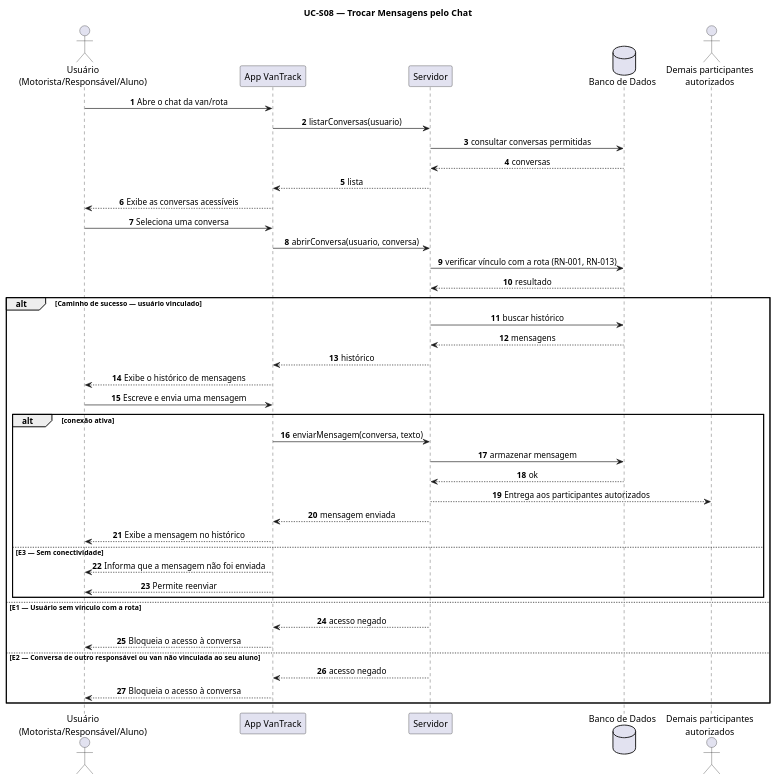
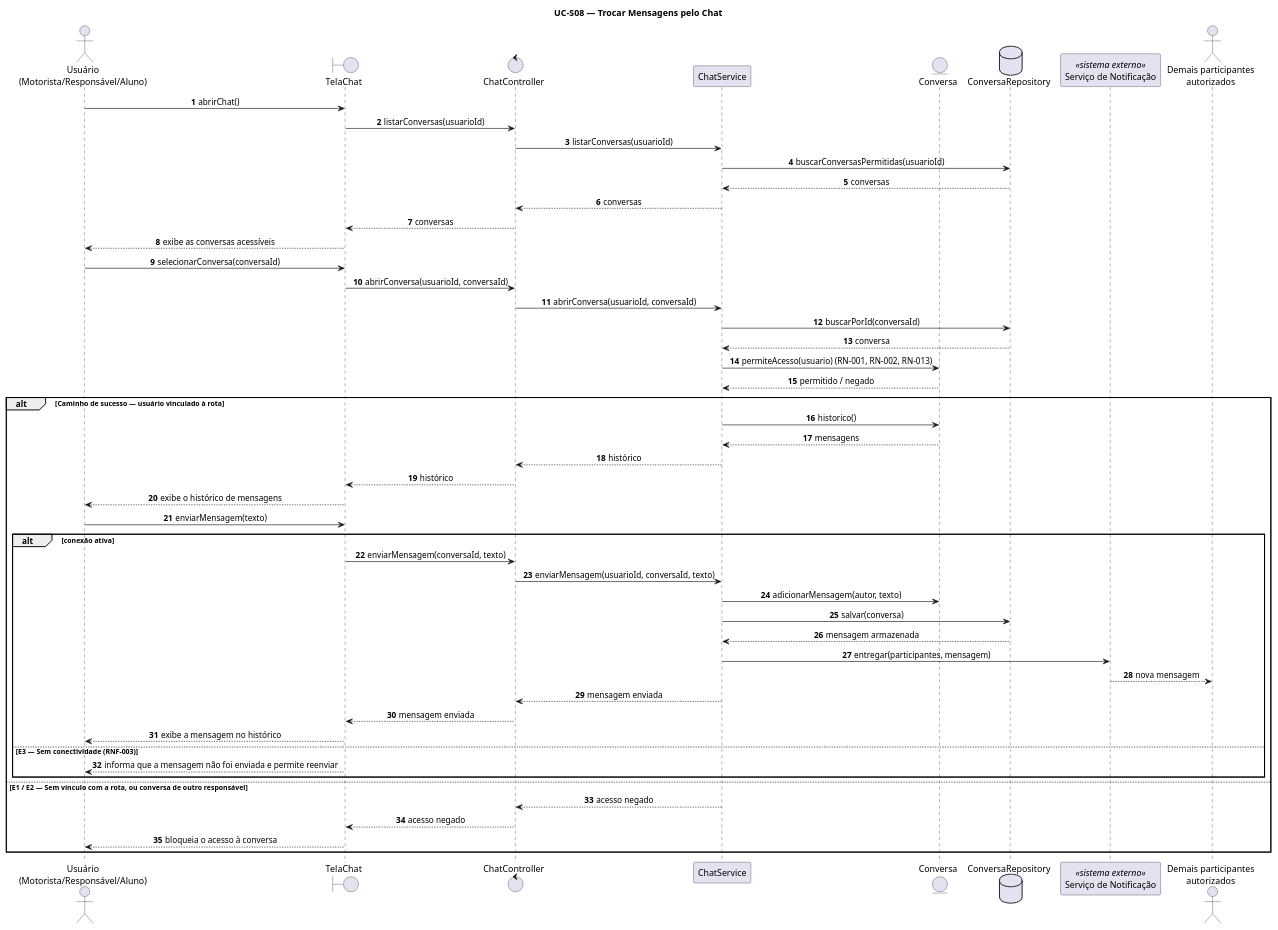
Before and after one commit to luisgustavoribeirodefreitas/VanTrack: the diagram in documentos/atividade-04/scripts/UC-S08.puml, drawn with PlantUML. The commit also changed 63 other files, not shown here.

```diff
--- a/documentos/atividade-04/scripts/UC-S08.puml
+++ b/documentos/atividade-04/scripts/UC-S08.puml
@@ -1,50 +1,60 @@
 @startuml UC-S08
 title UC-S08 — Trocar Mensagens pelo Chat
 skinparam sequenceMessageAlign center
+skinparam responseMessageBelowArrow true
 autonumber
 
 actor "Usuário\n(Motorista/Responsável/Aluno)" as U
-participant "App VanTrack" as App
-participant "Servidor" as API
-database "Banco de Dados" as DB
+boundary "TelaChat" as T
+control "ChatController" as C
+participant "ChatService" as S
+entity "Conversa" as Conv
+database "ConversaRepository" as CRepo
+participant "Serviço de Notificação" as Push <<sistema externo>>
 actor "Demais participantes\nautorizados" as P
 
-U -> App : Abre o chat da van/rota
-App -> API : listarConversas(usuario)
-API -> DB : consultar conversas permitidas
-DB --> API : conversas
-API --> App : lista
-App --> U : Exibe as conversas acessíveis
+U -> T : abrirChat()
+T -> C : listarConversas(usuarioId)
+C -> S : listarConversas(usuarioId)
+S -> CRepo : buscarConversasPermitidas(usuarioId)
+CRepo --> S : conversas
+S --> C : conversas
+C --> T : conversas
+T --> U : exibe as conversas acessíveis
 
-U -> App : Seleciona uma conversa
-App -> API : abrirConversa(usuario, conversa)
-API -> DB : verificar vínculo com a rota (RN-001, RN-013)
-DB --> API : resultado
+U -> T : selecionarConversa(conversaId)
+T -> C : abrirConversa(usuarioId, conversaId)
+C -> S : abrirConversa(usuarioId, conversaId)
+S -> CRepo : buscarPorId(conversaId)
+CRepo --> S : conversa
+S -> Conv : permiteAcesso(usuario) (RN-001, RN-002, RN-013)
+Conv --> S : permitido / negado
 
-alt Caminho de sucesso — usuário vinculado
-    API -> DB : buscar histórico
-    DB --> API : mensagens
-    API --> App : histórico
-    App --> U : Exibe o histórico de mensagens
+alt Caminho de sucesso — usuário vinculado à rota
+    S -> Conv : historico()
+    Conv --> S : mensagens
+    S --> C : histórico
+    C --> T : histórico
+    T --> U : exibe o histórico de mensagens
 
-    U -> App : Escreve e envia uma mensagem
-
+    U -> T : enviarMensagem(texto)
     alt conexão ativa
-        App -> API : enviarMensagem(conversa, texto)
-        API -> DB : armazenar mensagem
-        DB --> API : ok
-        API --> P : Entrega aos participantes autorizados
-        API --> App : mensagem enviada
-        App --> U : Exibe a mensagem no histórico
-    else E3 — Sem conectividade
-        App --> U : Informa que a mensagem não foi enviada
-        App --> U : Permite reenviar
+        T -> C : enviarMensagem(conversaId, texto)
+        C -> S : enviarMensagem(usuarioId, conversaId, texto)
+        S -> Conv : adicionarMensagem(autor, texto)
+        S -> CRepo : salvar(conversa)
+        CRepo --> S : mensagem armazenada
+        S -> Push : entregar(participantes, mensagem)
+        Push --> P : nova mensagem
+        S --> C : mensagem enviada
+        C --> T : mensagem enviada
+        T --> U : exibe a mensagem no histórico
+    else E3 — Sem conectividade (RNF-003)
+        T --> U : informa que a mensagem não foi enviada e permite reenviar
     end
-else E1 — Usuário sem vínculo com a rota
-    API --> App : acesso negado
-    App --> U : Bloqueia o acesso à conversa
-else E2 — Conversa de outro responsável ou van não vinculada ao seu aluno
-    API --> App : acesso negado
-    App --> U : Bloqueia o acesso à conversa
+else E1 / E2 — Sem vínculo com a rota, ou conversa de outro responsável
+    S --> C : acesso negado
+    C --> T : acesso negado
+    T --> U : bloqueia o acesso à conversa
 end
 @enduml
```
